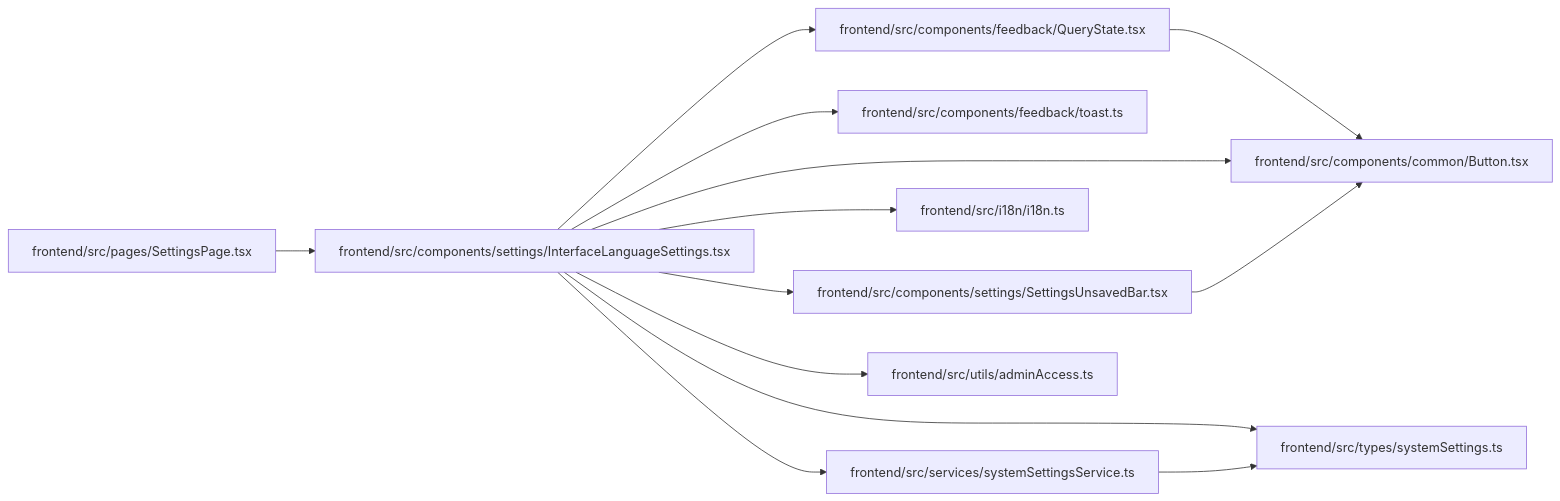
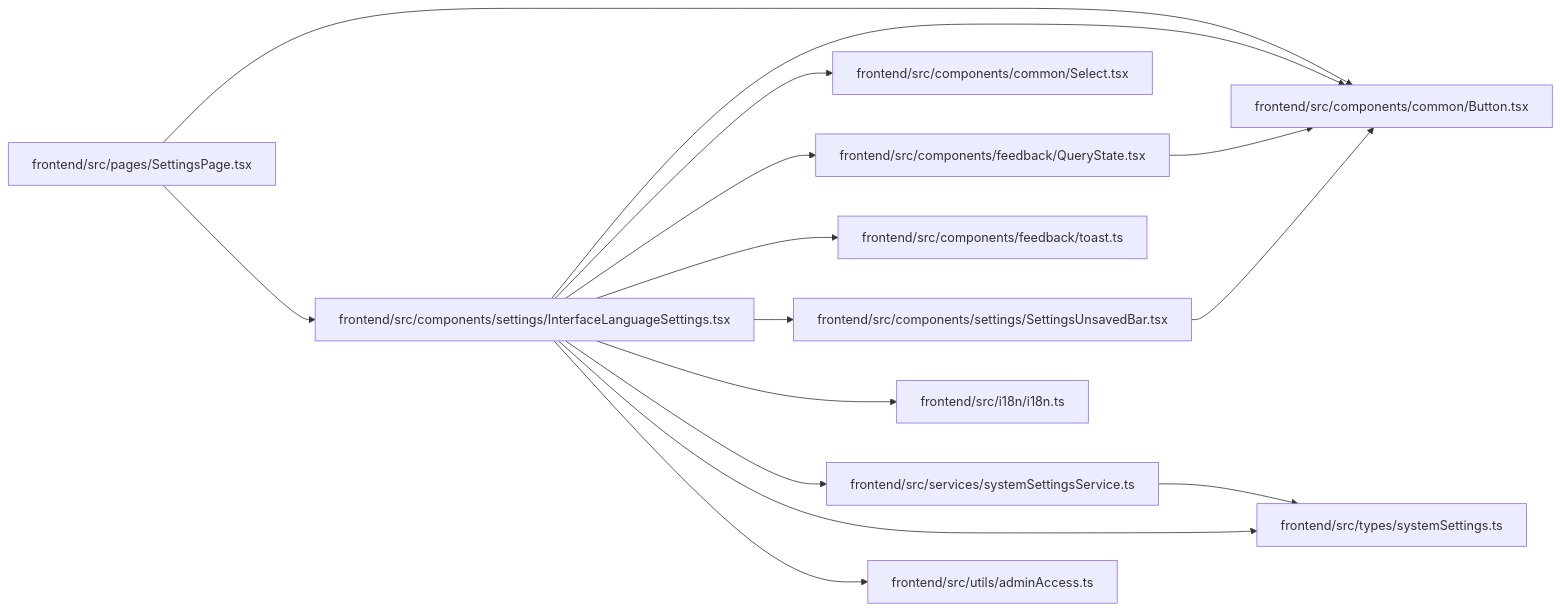
One commit to Denissvgn/WorkChord changed the diagram in docs/llm_wiki/modules/InterfaceLanguageSettings.md. Above: the diagram before and after it, drawn with Mermaid. The commit also changed other lines of this file and 2373 other files, not shown here.

````diff
--- a/docs/llm_wiki/modules/InterfaceLanguageSettings.md
+++ b/docs/llm_wiki/modules/InterfaceLanguageSettings.md
@@ -38,35 +39,39 @@
 ```mermaid
 flowchart LR
     n0["frontend/src/components/common/Button.tsx"]
-    n1["frontend/src/components/feedback/QueryState.tsx"]
-    n2["frontend/src/components/feedback/toast.ts"]
-    n3["frontend/src/components/settings/InterfaceLanguageSettings.tsx"]
-    n4["frontend/src/components/settings/SettingsUnsavedBar.tsx"]
-    n5["frontend/src/i18n/i18n.ts"]
-    n6["frontend/src/pages/SettingsPage.tsx"]
-    n7["frontend/src/services/systemSettingsService.ts"]
-    n8["frontend/src/types/systemSettings.ts"]
-    n9["frontend/src/utils/adminAccess.ts"]
-    n1 --> n0
-    n3 --> n0
-    n3 --> n1
-    n3 --> n2
-    n3 --> n4
-    n3 --> n5
-    n3 --> n7
-    n3 --> n8
-    n3 --> n9
+    n1["frontend/src/components/common/Select.tsx"]
+    n2["frontend/src/components/feedback/QueryState.tsx"]
+    n3["frontend/src/components/feedback/toast.ts"]
+    n4["frontend/src/components/settings/InterfaceLanguageSettings.tsx"]
+    n5["frontend/src/components/settings/SettingsUnsavedBar.tsx"]
+    n6["frontend/src/i18n/i18n.ts"]
+    n7["frontend/src/pages/SettingsPage.tsx"]
+    n8["frontend/src/services/systemSettingsService.ts"]
+    n9["frontend/src/types/systemSettings.ts"]
+    n10["frontend/src/utils/adminAccess.ts"]
+    n2 --> n0
     n4 --> n0
-    n6 --> n3
-    n7 --> n8
+    n4 --> n1
+    n4 --> n2
+    n4 --> n3
+    n4 --> n5
+    n4 --> n6
+    n4 --> n8
+    n4 --> n9
+    n4 --> n10
+    n5 --> n0
+    n7 --> n0
+    n7 --> n4
+    n8 --> n9
     click n0 "../modules/Button.md"
-    click n1 "../modules/QueryState.md"
-    click n2 "../modules/toast.md"
-    click n3 "../modules/InterfaceLanguageSettings.md"
-    click n4 "../modules/SettingsUnsavedBar.md"
-    click n5 "../modules/i18n.md"
-    click n6 "../modules/SettingsPage.md"
-    click n7 "../modules/systemSettingsService.md"
-    click n8 "../modules/systemSettings.md"
-    click n9 "../modules/adminAccess.md"
+    click n1 "../modules/Select.md"
+    click n2 "../modules/QueryState.md"
+    click n3 "../modules/toast.md"
+    click n4 "../modules/InterfaceLanguageSettings.md"
+    click n5 "../modules/SettingsUnsavedBar.md"
+    click n6 "../modules/i18n.md"
+    click n7 "../modules/SettingsPage.md"
+    click n8 "../modules/systemSettingsService.md"
+    click n9 "../modules/systemSettings.md"
+    click n10 "../modules/adminAccess.md"
 ```
````
